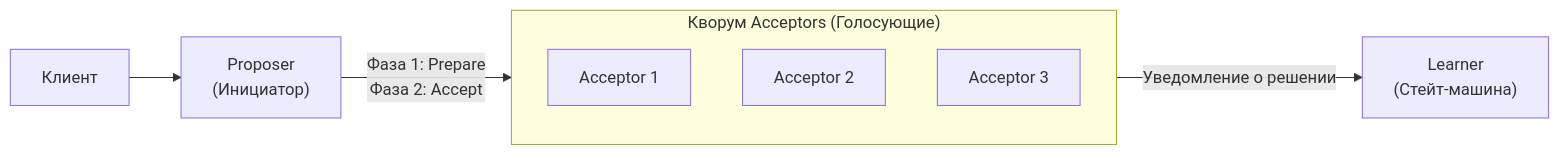
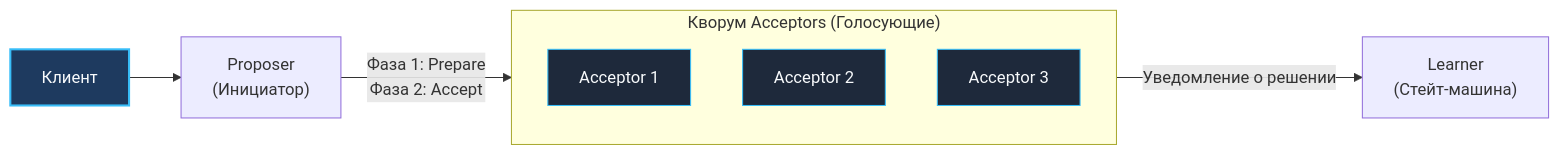
The first of 3 diagrams in sources/14. Распределенные системы на Go/02. Консенсус/6. Paxos обзорно.md (UnrealTemplier/go-textbook), drawn with Mermaid before and after one commit. The commit also changed 1666 other files, not shown here.

First line of the commit message:
feat(mermaid): add semantic color classDef to 1369 colorless flowchart/graph diagrams

````diff
--- a/sources/14. Распределенные системы на Go/02. Консенсус/6. Paxos обзорно.md
+++ b/sources/14. Распределенные системы на Go/02. Консенсус/6. Paxos обзорно.md
@@ -33,13 +33,23 @@
 ```mermaid
 flowchart LR
-    Client["Клиент"] --> P["Proposer<br/>(Инициатор)"]
+    classDef process  fill:#1e293b,stroke:#38bdf8,stroke-width:1px,color:#f8fafc
+    classDef success  fill:#064e3b,stroke:#34d399,stroke-width:1px,color:#f8fafc
+    classDef error    fill:#7f1d1d,stroke:#f87171,stroke-width:1px,color:#f8fafc
+    classDef warning  fill:#78350f,stroke:#fbbf24,stroke-width:1px,color:#f8fafc
+    classDef entry    fill:#1e3a5f,stroke:#38bdf8,stroke-width:2px,color:#f8fafc
+    classDef aux      fill:#334155,stroke:#64748b,stroke-width:1px,color:#f8fafc
+    classDef system   fill:#312e81,stroke:#a78bfa,stroke-width:1px,color:#f8fafc
+    classDef data     fill:#132d29,stroke:#2dd4bf,stroke-width:1px,color:#f8fafc
+    classDef network  fill:#881337,stroke:#fb7185,stroke-width:1px,color:#f8fafc
+    classDef accent   fill:#1e1b4b,stroke:#818cf8,stroke-width:1px,color:#f8fafc
+    Client["Клиент"]:::entry --> P["Proposer<br/>(Инициатор)"]
     
     subgraph QuorumAcceptors["Кворум Acceptors (Голосующие)"]
-        A1["Acceptor 1"]
-        A2["Acceptor 2"]
-        A3["Acceptor 3"]
+        A1["Acceptor 1"]:::process
+        A2["Acceptor 2"]:::process
+        A3["Acceptor 3"]:::process
     end
     
     P -->|Фаза 1: Prepare<br/>Фаза 2: Accept| QuorumAcceptors
     QuorumAcceptors -->|Уведомление о решении| L["Learner<br/>(Стейт-машина)"]
 ```
````
